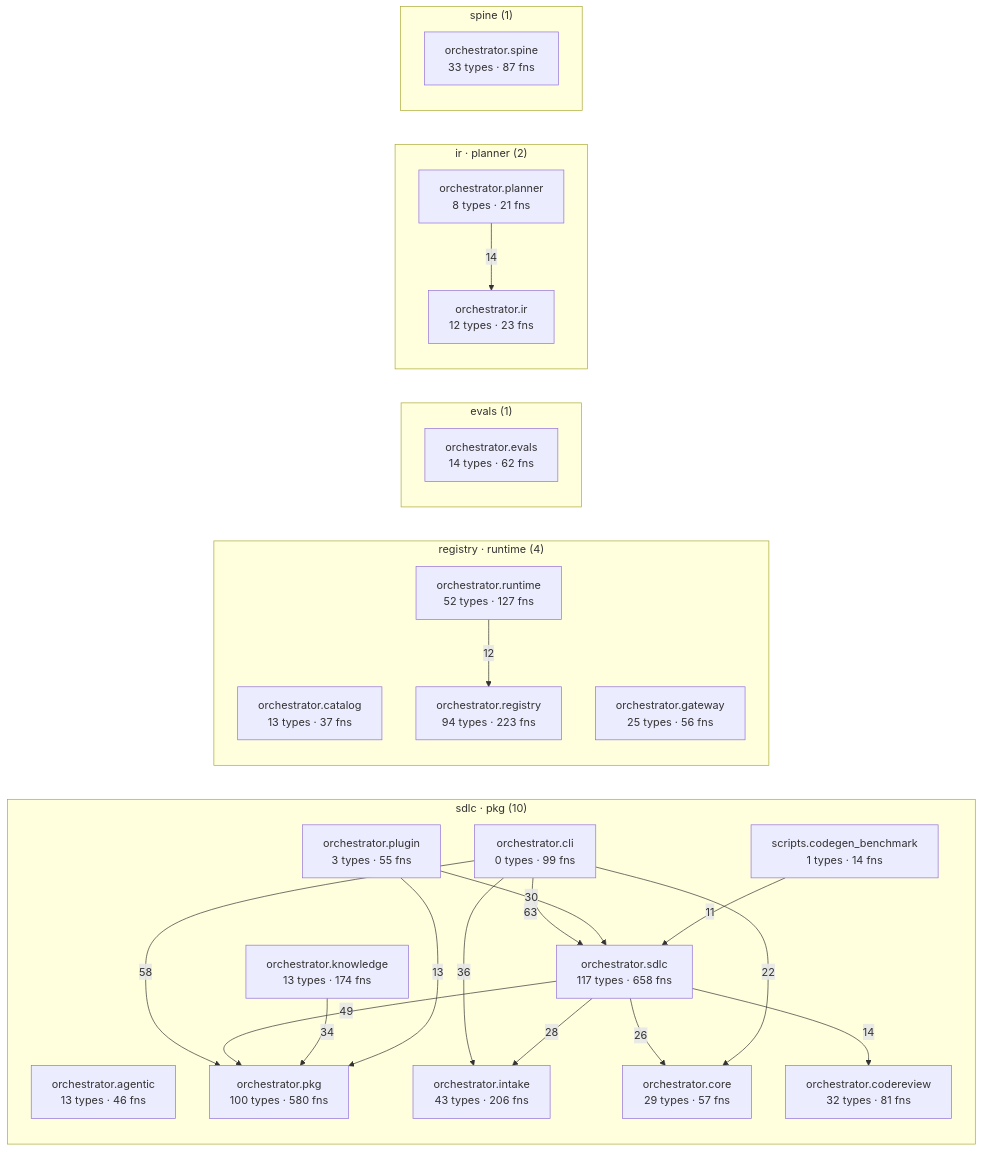
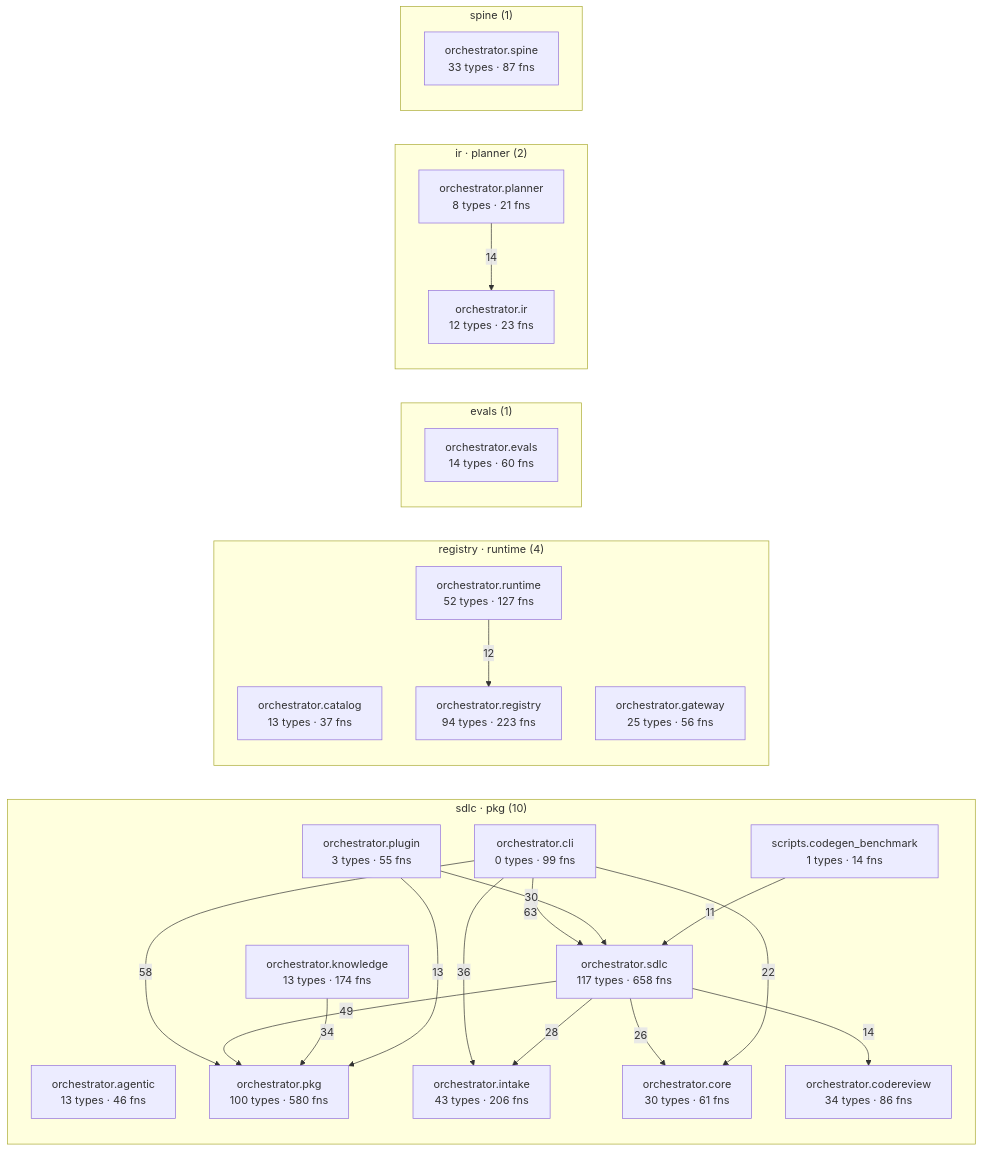
One commit to synaptixs/spine changed the diagram in episteme/architecture.md. Above: the diagram before and after it, drawn with Mermaid. The commit also changed other lines of this file and 12 other files, not shown here.

````diff
--- a/episteme/architecture.md
+++ b/episteme/architecture.md
@@ -54,45 +54,45 @@
 ```mermaid
 flowchart LR
   subgraph c_1["sdlc · pkg (10)"]
     aorchestratoragentic["orchestrator.agentic<br/>13 types · 46 fns"]
     aorchestratorcli["orchestrator.cli<br/>0 types · 99 fns"]
-    aorchestratorcodereview["orchestrator.codereview<br/>32 types · 81 fns"]
-    aorchestratorcore["orchestrator.core<br/>29 types · 57 fns"]
+    aorchestratorcodereview["orchestrator.codereview<br/>34 types · 86 fns"]
+    aorchestratorcore["orchestrator.core<br/>30 types · 61 fns"]
     aorchestratorintake["orchestrator.intake<br/>43 types · 206 fns"]
     aorchestratorknowledge["orchestrator.knowledge<br/>13 types · 174 fns"]
     aorchestratorpkg["orchestrator.pkg<br/>100 types · 580 fns"]
     aorchestratorplugin["orchestrator.plugin<br/>3 types · 55 fns"]
     aorchestratorsdlc["orchestrator.sdlc<br/>117 types · 658 fns"]
     ascriptscodegenbenchmark["scripts.codegen_benchmark<br/>1 types · 14 fns"]
   end
   subgraph c_3["registry · runtime (4)"]
     aorchestratorcatalog["orchestrator.catalog<br/>13 types · 37 fns"]
     aorchestratorgateway["orchestrator.gateway<br/>25 types · 56 fns"]
     aorchestratorregistry["orchestrator.registry<br/>94 types · 223 fns"]
     aorchestratorruntime["orchestrator.runtime<br/>52 types · 127 fns"]
   end
   subgraph c_5["evals (1)"]
-    aorchestratorevals["orchestrator.evals<br/>14 types · 62 fns"]
+    aorchestratorevals["orchestrator.evals<br/>14 types · 60 fns"]
   end
   subgraph c_7["ir · planner (2)"]
     aorchestratorir["orchestrator.ir<br/>12 types · 23 fns"]
     aorchestratorplanner["orchestrator.planner<br/>8 types · 21 fns"]
   end
   subgraph c_10["spine (1)"]
     aorchestratorspine["orchestrator.spine<br/>33 types · 87 fns"]
   end
   aorchestratorcli -->|63| aorchestratorsdlc
   aorchestratorcli -->|58| aorchestratorpkg
   aorchestratorsdlc -->|49| aorchestratorpkg
   aorchestratorcli -->|36| aorchestratorintake
   aorchestratorknowledge -->|34| aorchestratorpkg
   aorchestratorplugin -->|30| aorchestratorsdlc
   aorchestratorsdlc -->|28| aorchestratorintake
   aorchestratorsdlc -->|26| aorchestratorcore
   aorchestratorcli -->|22| aorchestratorcore
   aorchestratorplanner -->|14| aorchestratorir
   aorchestratorsdlc -->|14| aorchestratorcodereview
   aorchestratorplugin -->|13| aorchestratorpkg
   aorchestratorruntime -->|12| aorchestratorregistry
   ascriptscodegenbenchmark -->|11| aorchestratorsdlc
 ```
````
